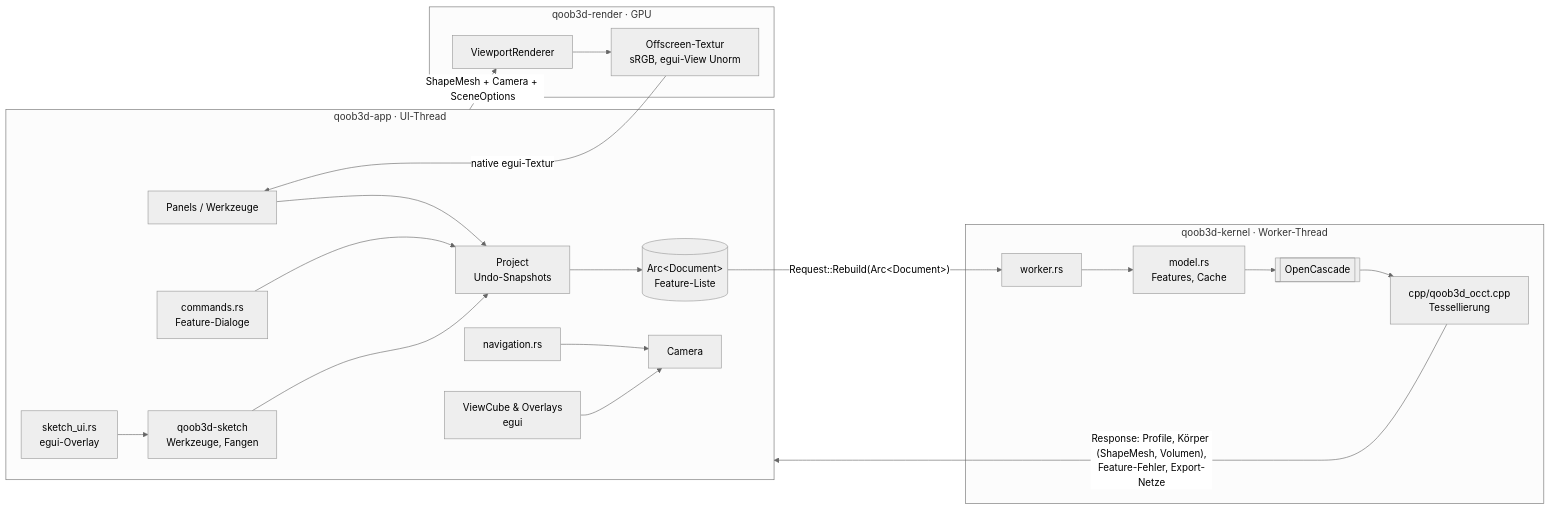
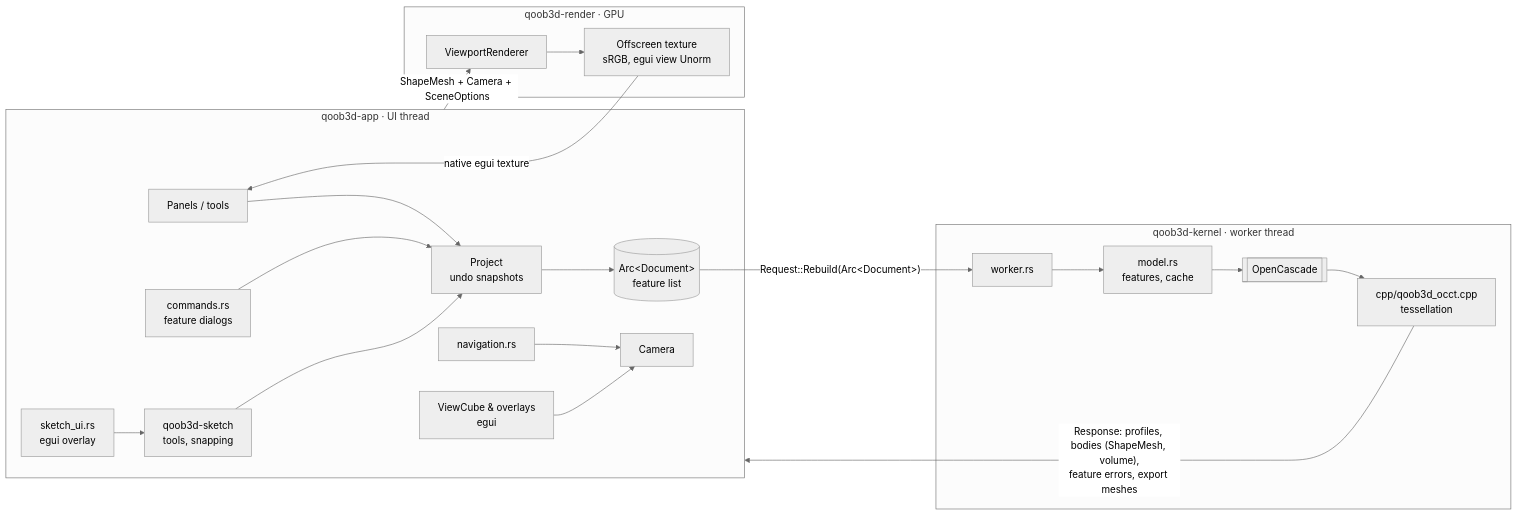
One commit to COQOON-labs/qoob3d changed the first of 2 diagrams in docs/architecture.md. Above: the diagram before and after it, drawn with Mermaid (neutral theme). The commit also changed other lines of this file and 95 other files, not shown here.

````diff
--- a/docs/architecture.md
+++ b/docs/architecture.md
@@ -8,24 +8,24 @@
 ```mermaid
 flowchart LR
-    subgraph app[qoob3d-app · UI-Thread]
-        UI[Panels / Werkzeuge] --> PRJ[Project<br/>Undo-Snapshots]
-        CMD[commands.rs<br/>Feature-Dialoge] --> PRJ
-        SK[sketch_ui.rs<br/>egui-Overlay] --> SKL[qoob3d-sketch<br/>Werkzeuge, Fangen]
+    subgraph app[qoob3d-app · UI thread]
+        UI[Panels / tools] --> PRJ[Project<br/>undo snapshots]
+        CMD[commands.rs<br/>feature dialogs] --> PRJ
+        SK[sketch_ui.rs<br/>egui overlay] --> SKL[qoob3d-sketch<br/>tools, snapping]
         SKL --> PRJ
-        PRJ --> DOC[(Arc&lt;Document&gt;<br/>Feature-Liste)]
+        PRJ --> DOC[(Arc&lt;Document&gt;<br/>feature list)]
         NAV[navigation.rs] --> CAM[Camera]
-        VC[ViewCube & Overlays<br/>egui] --> CAM
+        VC[ViewCube & overlays<br/>egui] --> CAM
     end
-    subgraph kernel[qoob3d-kernel · Worker-Thread]
-        W[worker.rs] --> M[model.rs<br/>Features, Cache]
+    subgraph kernel[qoob3d-kernel · worker thread]
+        W[worker.rs] --> M[model.rs<br/>features, cache]
         M --> OCCT[[OpenCascade]]
-        OCCT --> CPP[cpp/qoob3d_occt.cpp<br/>Tessellierung]
+        OCCT --> CPP[cpp/qoob3d_occt.cpp<br/>tessellation]
     end
     subgraph render[qoob3d-render · GPU]
-        R[ViewportRenderer] --> TEX[Offscreen-Textur<br/>sRGB, egui-View Unorm]
+        R[ViewportRenderer] --> TEX[Offscreen texture<br/>sRGB, egui view Unorm]
     end
     DOC -- "Request::Rebuild(Arc&lt;Document&gt;)" --> W
-    CPP -- "Response: Profile, Körper (ShapeMesh, Volumen),<br/>Feature-Fehler, Export-Netze" --> app
+    CPP -- "Response: profiles, bodies (ShapeMesh, volume),<br/>feature errors, export meshes" --> app
     app -- "ShapeMesh + Camera + SceneOptions" --> R
-    TEX -- "native egui-Textur" --> UI
+    TEX -- "native egui texture" --> UI
 ```
````
